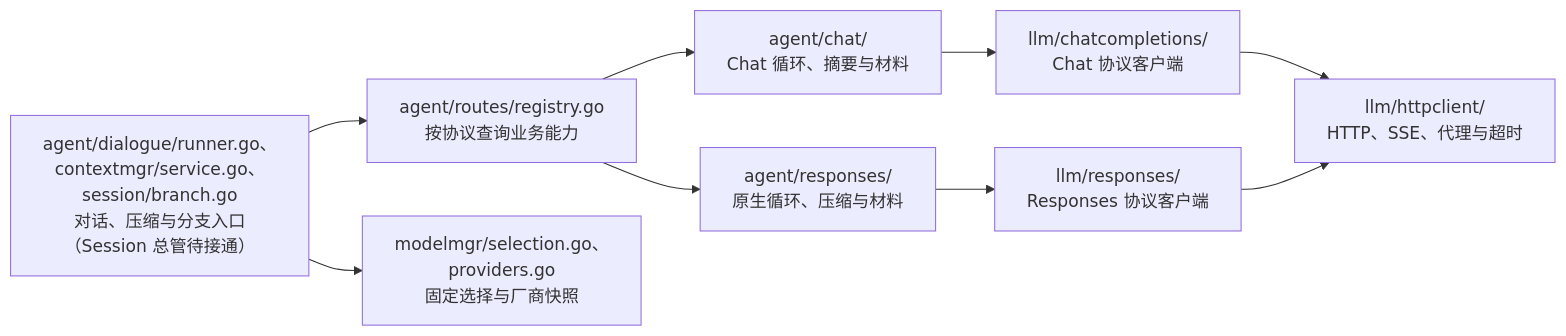
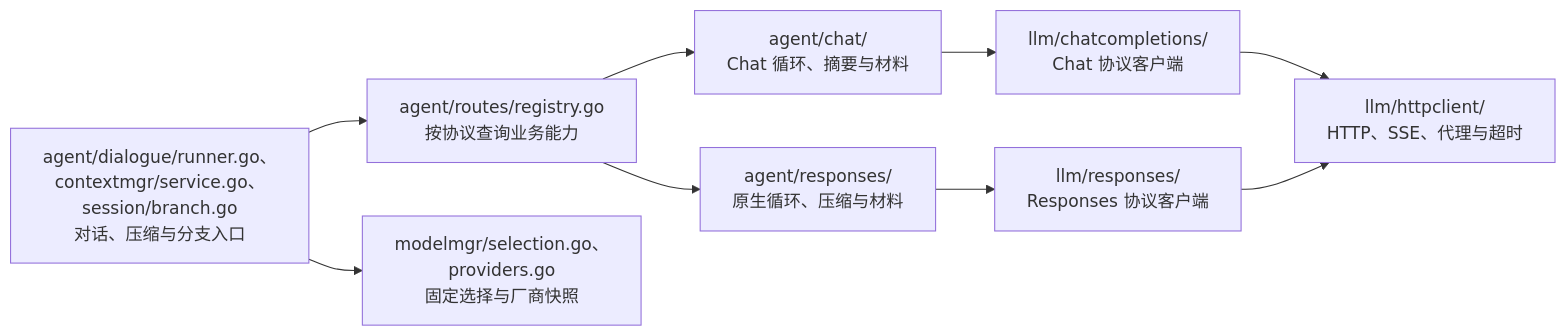
Before and after one commit to Elflare/elbot: the fifth of 15 diagrams in devdocs/architecture.md, drawn with Mermaid. The commit also changed other lines of this file and 61 other files, not shown here.

````diff
--- a/devdocs/architecture.md
+++ b/devdocs/architecture.md
@@ -208,10 +208,10 @@
 ```mermaid
 flowchart LR
-    E["agent/dialogue/runner.go、contextmgr/service.go、session/branch.go<br/>对话、压缩与分支入口（Session 总管待接通）"] --> R["agent/routes/registry.go<br/>按协议查询业务能力"]
+    E["agent/dialogue/runner.go、contextmgr/service.go、session/branch.go<br/>对话、压缩与分支入口"] --> R["agent/routes/registry.go<br/>按协议查询业务能力"]
     E --> M["modelmgr/selection.go、providers.go<br/>固定选择与厂商快照"]
     R --> C["agent/chat/<br/>Chat 循环、摘要与材料"]
     R --> N["agent/responses/<br/>原生循环、压缩与材料"]
     C --> CC["llm/chatcompletions/<br/>Chat 协议客户端"]
     N --> NC["llm/responses/<br/>Responses 协议客户端"]
     CC & NC --> H["llm/httpclient/<br/>HTTP、SSE、代理与超时"]
 ```
````
